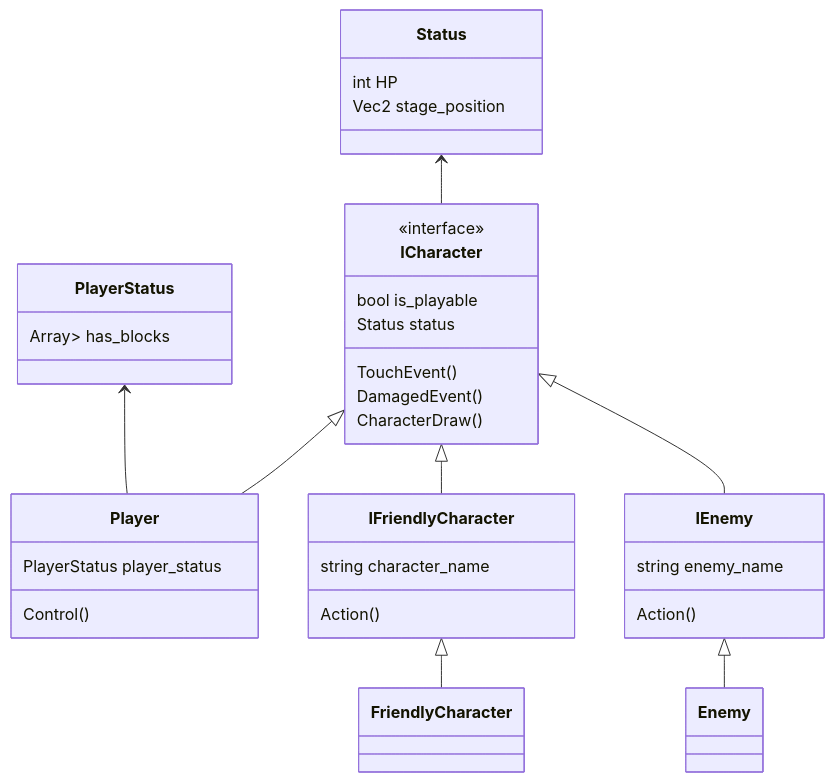
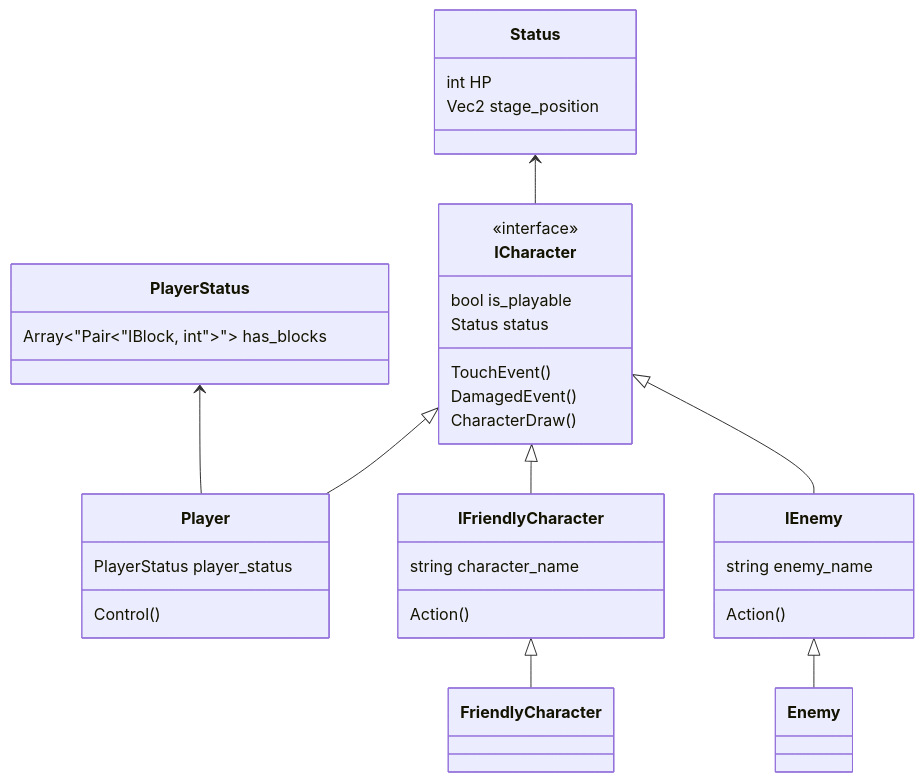
The second of 3 diagrams in class.md (naga-karupi/block-adventure), drawn with Mermaid before and after one commit. The commit also changed other lines of this file, not shown here.

Commit message:
クラス図の表示の不備の一時的調整

````diff
--- a/class.md
+++ b/class.md
@@ -32,58 +32,58 @@
 ```mermaid
 classDiagram
 
 class Status {
     int HP 
     Vec2 stage_position
 }
 
 class ICharacter {
     <<interface>>
 
     bool is_playable
     Status status
 
     TouchEvent()
     DamagedEvent()
 
     CharacterDraw()
 }
 
 class PlayerStatus {
-    Array<Pair<IBlock, int>> has_blocks
+    Array<"Pair<"IBlock, int">"> has_blocks
 }
 
 class Player {
     PlayerStatus player_status
     Control()
 
 }
 
 class IFriendlyCharacter {
     string character_name
     Action()
 }
 
 class FriendlyCharacter {
     
 }
 
 class IEnemy {
     string enemy_name
     Action()
 }
 
 class Enemy {
     
 }
 
 Status<--ICharacter
 ICharacter<|--Player
 PlayerStatus<--Player
 ICharacter<|--IFriendlyCharacter
 IFriendlyCharacter<|--FriendlyCharacter
 ICharacter<|--IEnemy
 IEnemy<|--Enemy
 
 
 ```
````
